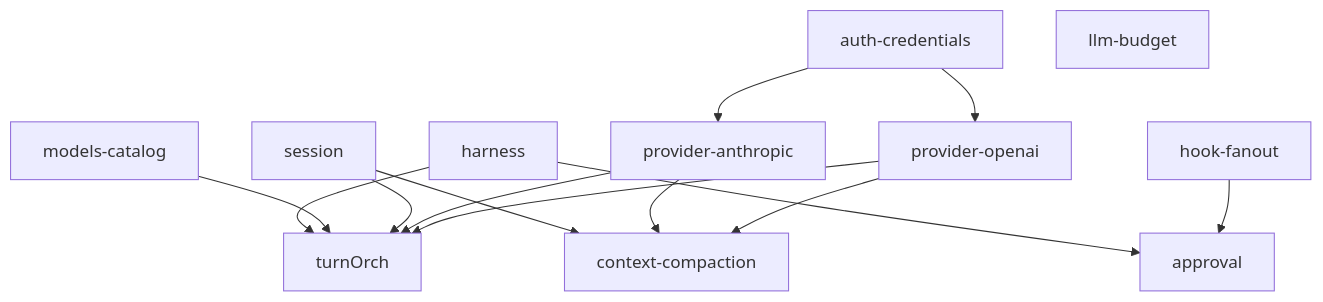
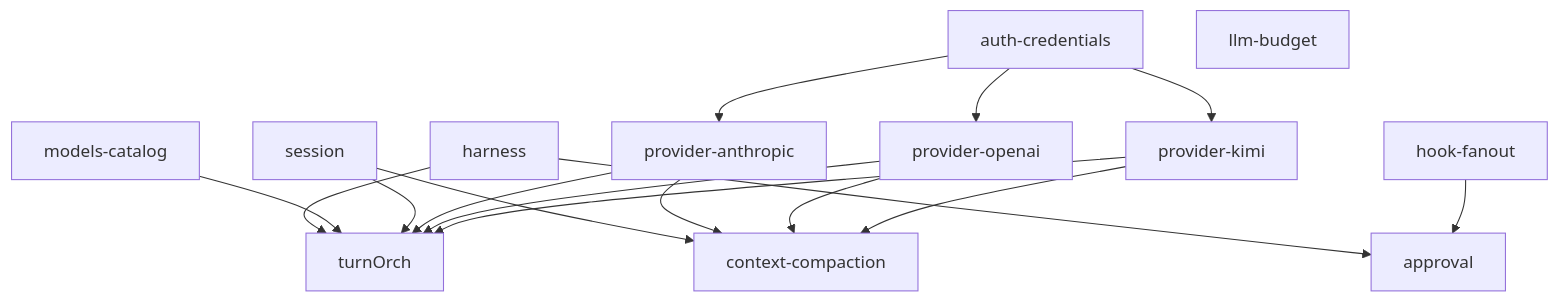
Before and after one commit to iii-hq/workers: the fourth of 5 diagrams in harness-node/docs/architecture.md, drawn with Mermaid. The commit also changed other lines of this file and 30 other files, not shown here.

````diff
--- a/harness-node/docs/architecture.md
+++ b/harness-node/docs/architecture.md
@@ -204,16 +208,19 @@
 ```mermaid
 flowchart TD
   harness --> turnOrch
   harness --> approval
   models[models-catalog] --> turnOrch
   session --> turnOrch
   auth[auth-credentials] --> provAnth[provider-anthropic]
   auth --> provOAI[provider-openai]
+  auth --> provKimi[provider-kimi]
   provAnth --> turnOrch
   provOAI --> turnOrch
+  provKimi --> turnOrch
   hook[hook-fanout] --> approval
   session --> compact[context-compaction]
   provAnth --> compact
   provOAI --> compact
+  provKimi --> compact
   budget[llm-budget]
 ```
````
